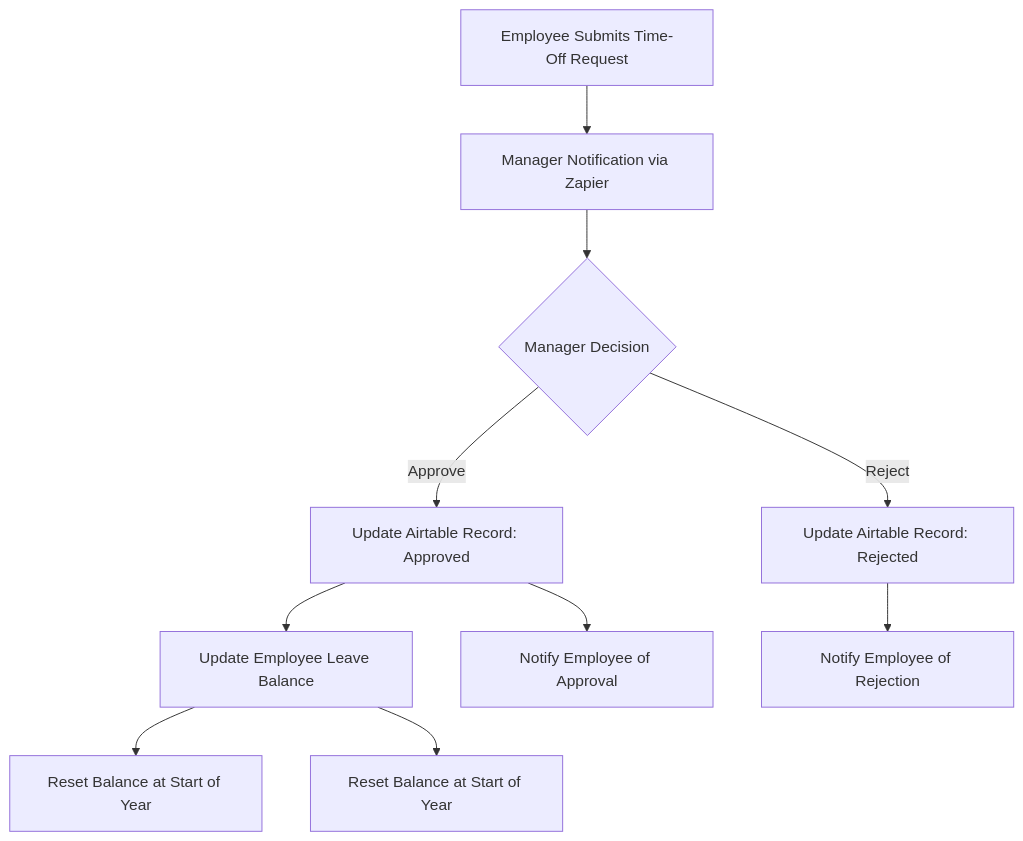
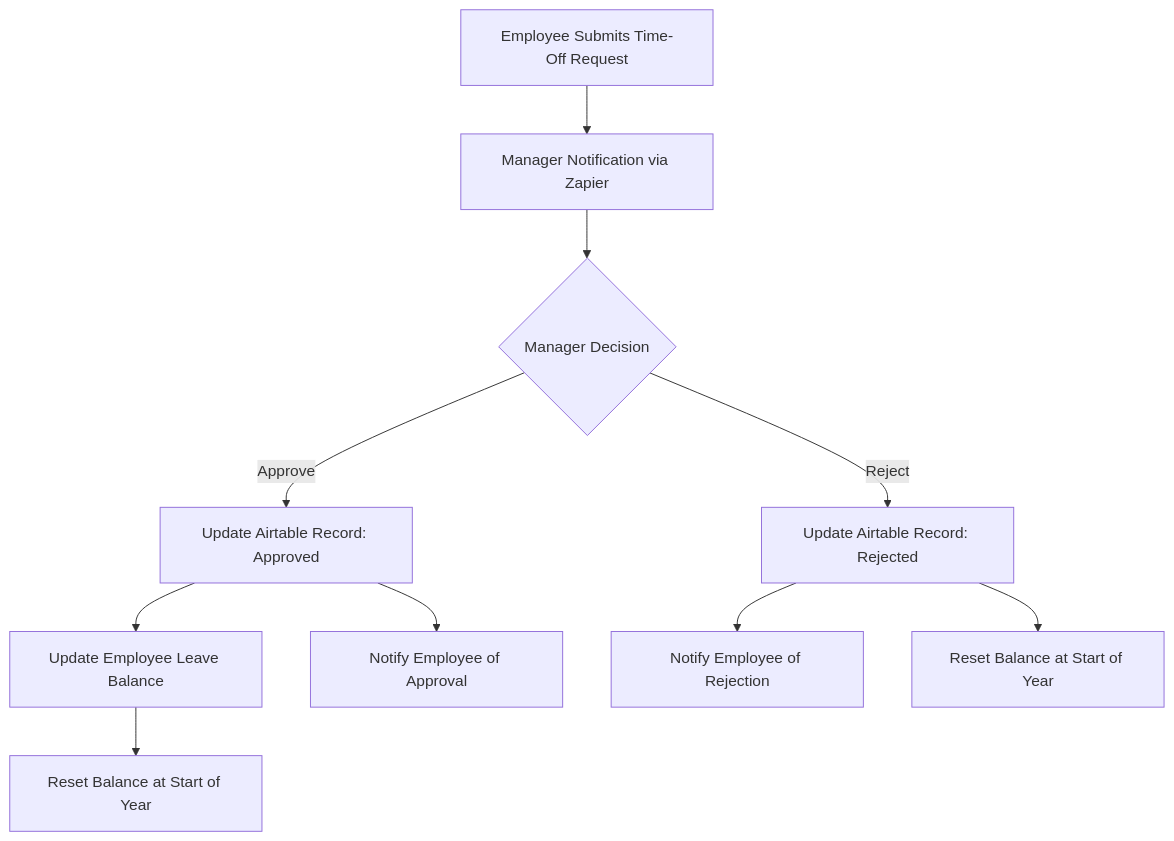
One commit to bayoxx/Automated-Employee-Time-Off-Management-System changed the diagram in README.md. Above: the diagram before and after it, drawn with Mermaid.

````diff
--- a/README.md
+++ b/README.md
@@ -43,12 +43,12 @@
 ```mermaid
 flowchart TD
     A[Employee Submits Time-Off Request] --> B[Manager Notification via Zapier]
     B --> C{Manager Decision}
     C -->|Approve| D[Update Airtable Record: Approved]
     C -->|Reject| E[Update Airtable Record: Rejected]
     D --> F[Update Employee Leave Balance]
     D --> G[Notify Employee of Approval]
     E --> H[Notify Employee of Rejection]
     F --> I[Reset Balance at Start of Year]
-    F --> L[Reset Balance at Start of Year]
+    E --> L[Reset Balance at Start of Year]
 ```
````
